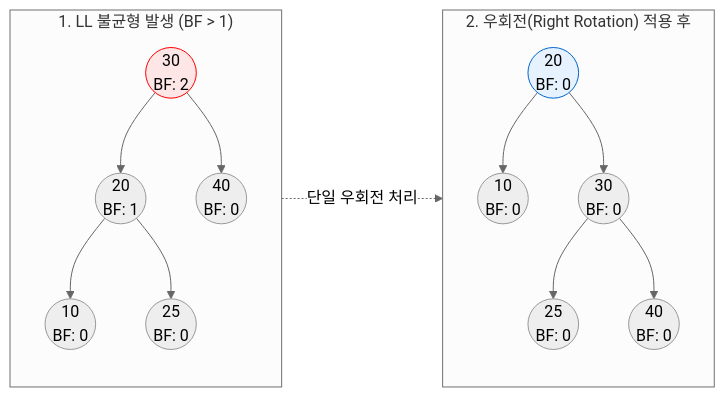
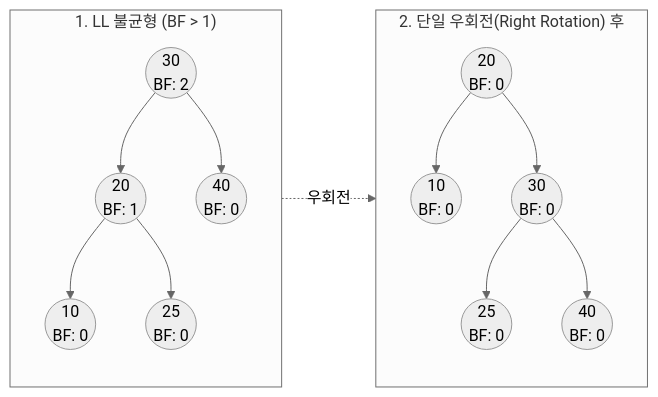
Before and after one commit to supremethumb/supremethumb.github.io: the diagram in content/01_IT Tech/AVL 트리.md, drawn with Mermaid (neutral theme). The commit also changed other lines of this file and 362 other files, not shown here.

````diff
--- a/content/01_IT Tech/AVL 트리.md
+++ b/content/01_IT Tech/AVL 트리.md
@@ -29,25 +36,20 @@
 ```mermaid
 flowchart LR
-    subgraph "1. LL 불균형 발생 (BF > 1)"
+    subgraph LL_State ["1. LL 불균형 (BF > 1)"]
         direction TB
         A((30<br/>BF: 2)) --> B((20<br/>BF: 1))
         A --> C((40<br/>BF: 0))
         B --> D((10<br/>BF: 0))
         B --> E((25<br/>BF: 0))
-        
-        style A fill:#ffe6e6,stroke:#ff0000
     end
     
-    subgraph "2. 우회전(Right Rotation) 적용 후"
+    subgraph Rotated_State ["2. 단일 우회전(Right Rotation) 후"]
         direction TB
         R_B((20<br/>BF: 0)) --> R_D((10<br/>BF: 0))
         R_B --> R_A((30<br/>BF: 0))
         R_A --> R_E((25<br/>BF: 0))
         R_A --> R_C((40<br/>BF: 0))
-        
-        style R_B fill:#e6f2ff,stroke:#0066cc
     end
     
-    A -. "단일 우회전 처리" .-> R_B
-
+    LL_State -. "우회전" .-> Rotated_State
 ```
````
